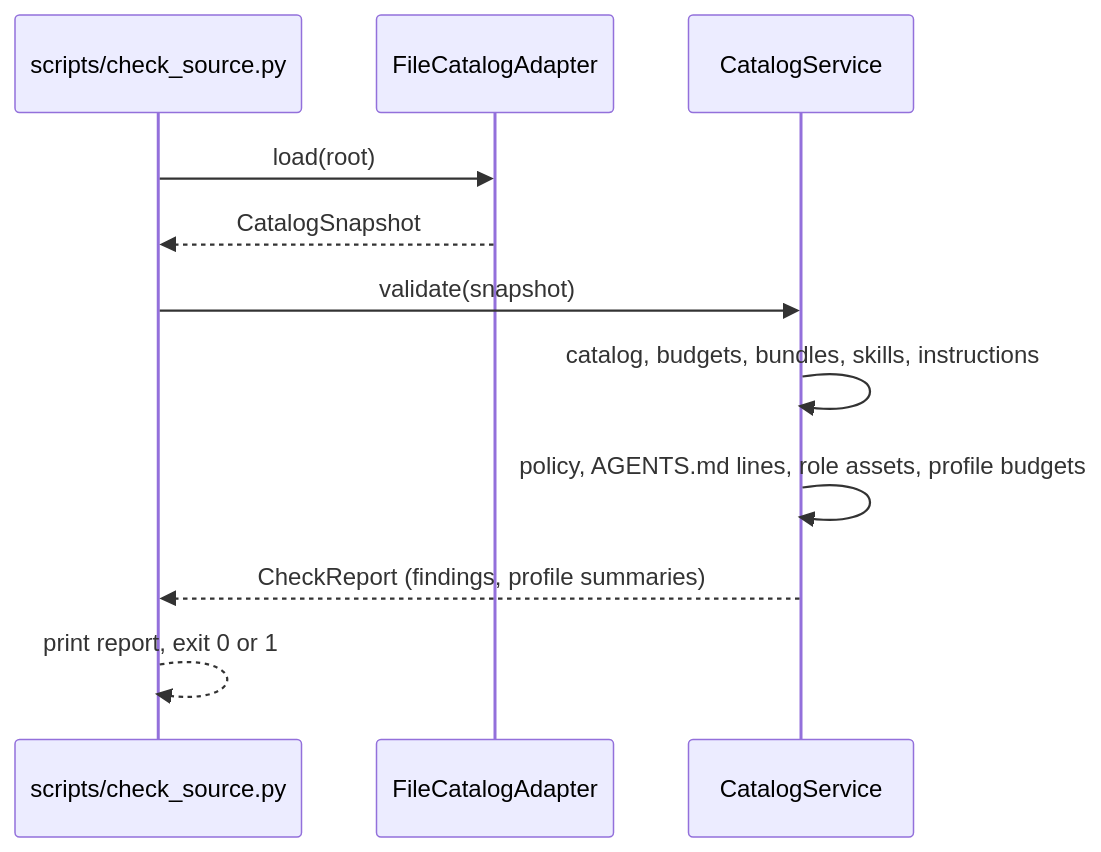
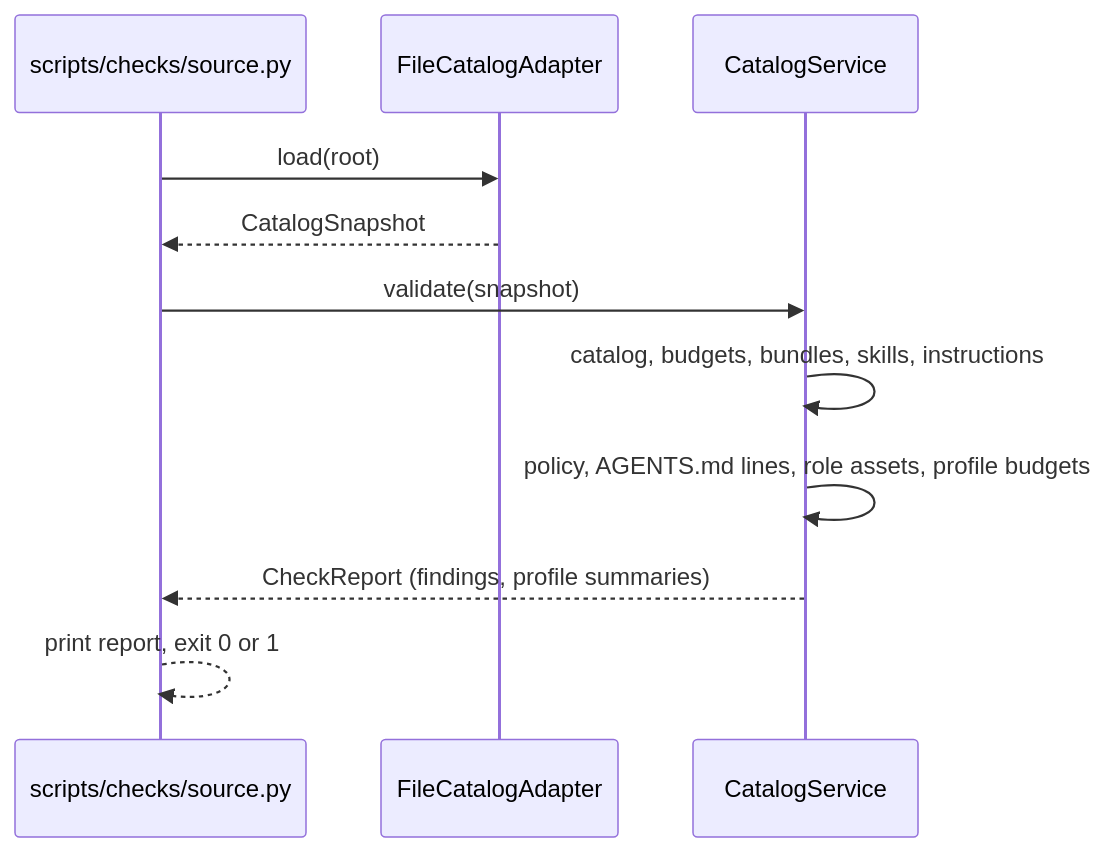
Before and after one commit to lfr-ai/agent-kit: the first of 5 diagrams in .agents/knowledge-base/flows.md, drawn with Mermaid. The commit also changed other lines of this file and 1115 other files, not shown here.

````diff
--- a/.agents/knowledge-base/flows.md
+++ b/.agents/knowledge-base/flows.md
@@ -26,13 +26,13 @@
 ```mermaid
 sequenceDiagram
-    participant Script as scripts/check_source.py
+    participant Script as scripts/checks/source.py
     participant Adapter as FileCatalogAdapter
     participant Service as CatalogService
     Script->>Adapter: load(root)
     Adapter-->>Script: CatalogSnapshot
     Script->>Service: validate(snapshot)
     Service->>Service: catalog, budgets, bundles, skills, instructions
     Service->>Service: policy, AGENTS.md lines, role assets, profile budgets
     Service-->>Script: CheckReport (findings, profile summaries)
     Script-->>Script: print report, exit 0 or 1
 ```
````
